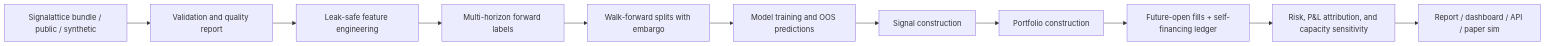
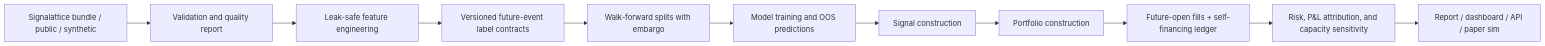
The diagram in README.md (srgangaram-swe/AlphaForge), drawn with Mermaid before and after one commit. The commit also changed other lines of this file and 27 other files, not shown here.

Commit message:
feat: add governed financial label contracts

````diff
--- a/README.md
+++ b/README.md
@@ -53,13 +56,13 @@
 ```mermaid
 flowchart LR
     A[Signalattice bundle / public / synthetic] --> B[Validation and quality report]
     B --> C[Leak-safe feature engineering]
-    C --> D[Multi-horizon forward labels]
+    C --> D[Versioned future-event label contracts]
     D --> E[Walk-forward splits with embargo]
     E --> F[Model training and OOS predictions]
     F --> G[Signal construction]
     G --> H[Portfolio construction]
     H --> I[Future-open fills + self-financing ledger]
     I --> J[Risk, P&L attribution, and capacity sensitivity]
     J --> K[Report / dashboard / API / paper sim]
 ```
````
